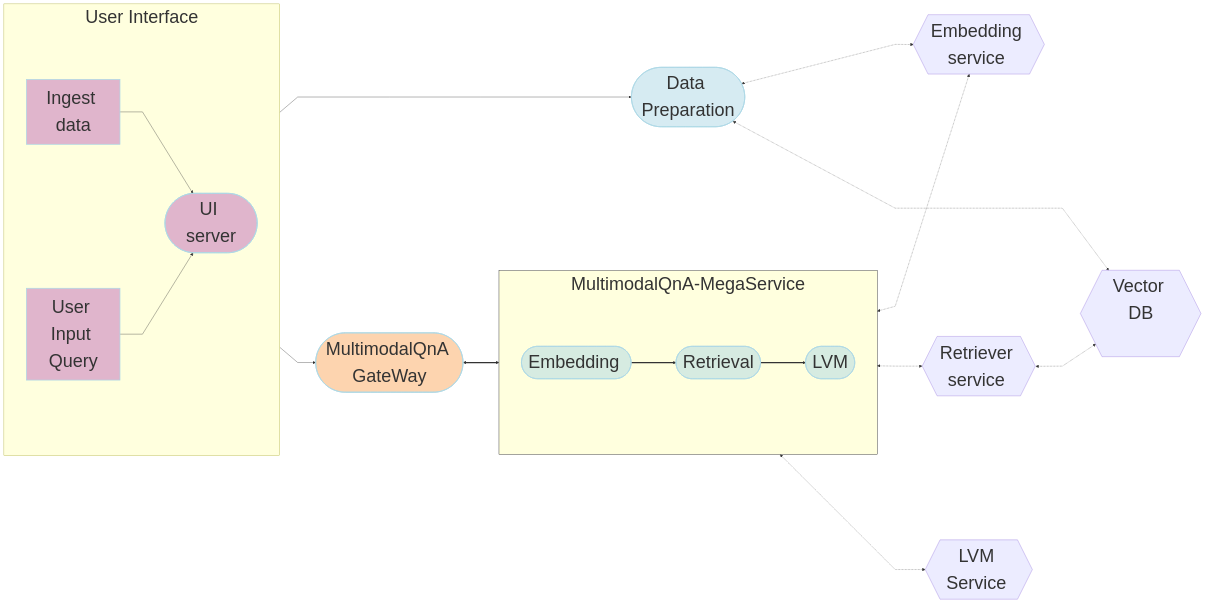
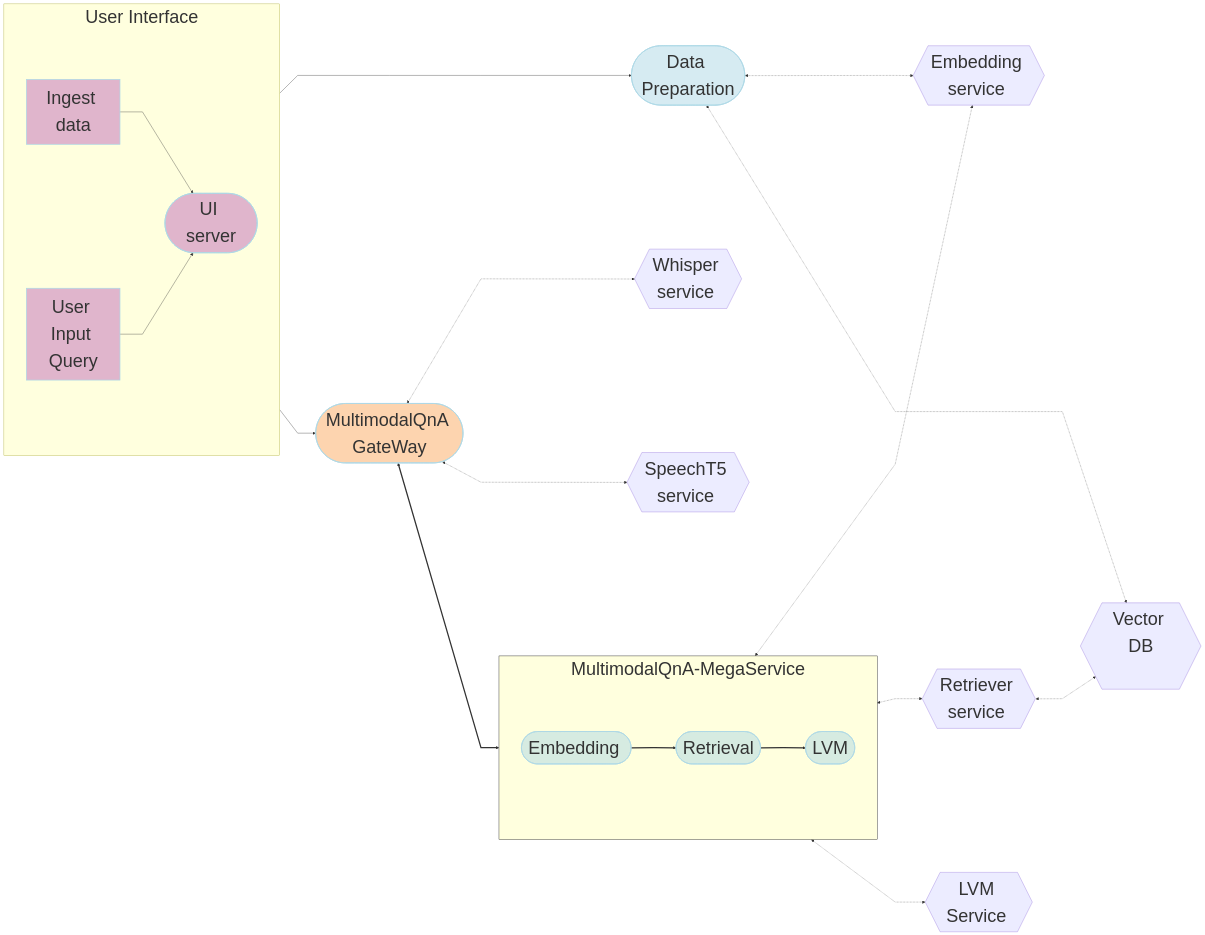
Before and after one commit to opea-project/GenAIExamples: the diagram in MultimodalQnA/README.md, drawn with Mermaid. The commit also changed other lines of this file and 4 other files, not shown here.

First line of the commit message:
Documentation and diagram update for MultimodalQnA phase 3 enhancements (#58)

````diff
--- a/MultimodalQnA/README.md
+++ b/MultimodalQnA/README.md
@@ -13,67 +13,73 @@
 ```mermaid
 ---
 config:
   flowchart:
     nodeSpacing: 400
     rankSpacing: 100
     curve: linear
   themeVariables:
     fontSize: 50px
 ---
 flowchart LR
     %% Colors %%
     classDef blue fill:#ADD8E6,stroke:#ADD8E6,stroke-width:2px,fill-opacity:0.5
     classDef orange fill:#FBAA60,stroke:#ADD8E6,stroke-width:2px,fill-opacity:0.5
     classDef orchid fill:#C26DBC,stroke:#ADD8E6,stroke-width:2px,fill-opacity:0.5
     classDef invisible fill:transparent,stroke:transparent;
     style MultimodalQnA-MegaService stroke:#000000
     %% Subgraphs %%
     subgraph MultimodalQnA-MegaService["MultimodalQnA-MegaService"]
         direction LR
         EM([Embedding <br>]):::blue
         RET([Retrieval <br>]):::blue
         LVM([LVM <br>]):::blue
     end
     subgraph UserInterface[" User Interface "]
         direction LR
         a([User Input Query]):::orchid
         Ingest([Ingest data]):::orchid
         UI([UI server<br>]):::orchid
     end
 
+    ASR{{Whisper service <br>}}
     TEI_EM{{Embedding service <br>}}
     VDB{{Vector DB<br><br>}}
     R_RET{{Retriever service <br>}}
     DP([Data Preparation<br>]):::blue
     LVM_gen{{LVM Service <br>}}
     GW([MultimodalQnA GateWay<br>]):::orange
+    TTS{{SpeechT5 service <br>}}
 
     %% Data Preparation flow
     %% Ingest data flow
     direction LR
     Ingest[Ingest data] --> UI
     UI -->DP
     DP <-.-> TEI_EM
 
     %% Questions interaction
     direction LR
     a[User Input Query] --> UI
     UI --> GW
     GW <==> MultimodalQnA-MegaService
     EM ==> RET
     RET ==> LVM
 
     %% Embedding service flow
     direction LR
     EM <-.-> TEI_EM
     RET <-.-> R_RET
     LVM <-.-> LVM_gen
 
     direction TB
     %% Vector DB interaction
     R_RET <-.->VDB
     DP <-.->VDB
 
+    %% Audio speech recognition used for translating audio queries to text
+    GW <-.-> ASR
 
+    %% Generate spoken responses with text-to-speech using the SpeechT5 model
+    GW <-.-> TTS
 
 ```
````
